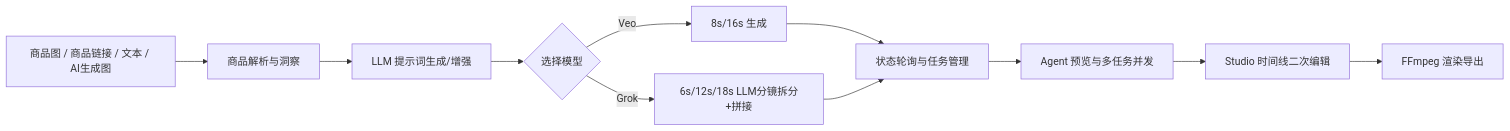
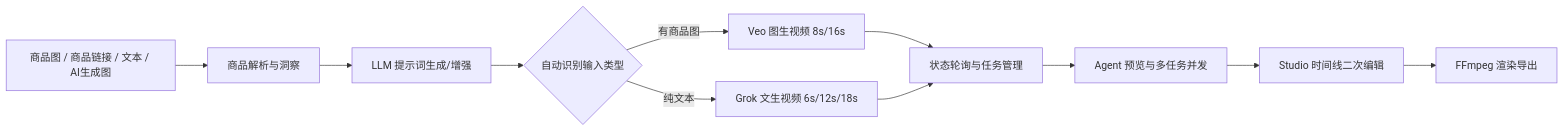
Before and after one commit to shaozheng0503/Shoplive: the first of 2 diagrams in README.md, drawn with Mermaid. The commit also changed other lines of this file, not shown here.

````diff
--- a/README.md
+++ b/README.md
@@ -84,13 +85,13 @@
 ```mermaid
 flowchart LR
     A[商品图 / 商品链接 / 文本 / AI生成图] --> B[商品解析与洞察]
     B --> C[LLM 提示词生成/增强]
-    C --> D{选择模型}
-    D -->|Veo| E[8s/16s 生成]
-    D -->|Grok| F[6s/12s/18s LLM分镜拆分+拼接]
+    C --> D{自动识别输入类型}
+    D -->|有商品图| E[Veo 图生视频 8s/16s]
+    D -->|纯文本| F[Grok 文生视频 6s/12s/18s]
     E --> G[状态轮询与任务管理]
     F --> G
     G --> H[Agent 预览与多任务并发]
     H --> I[Studio 时间线二次编辑]
     I --> J[FFmpeg 渲染导出]
 ```
````
